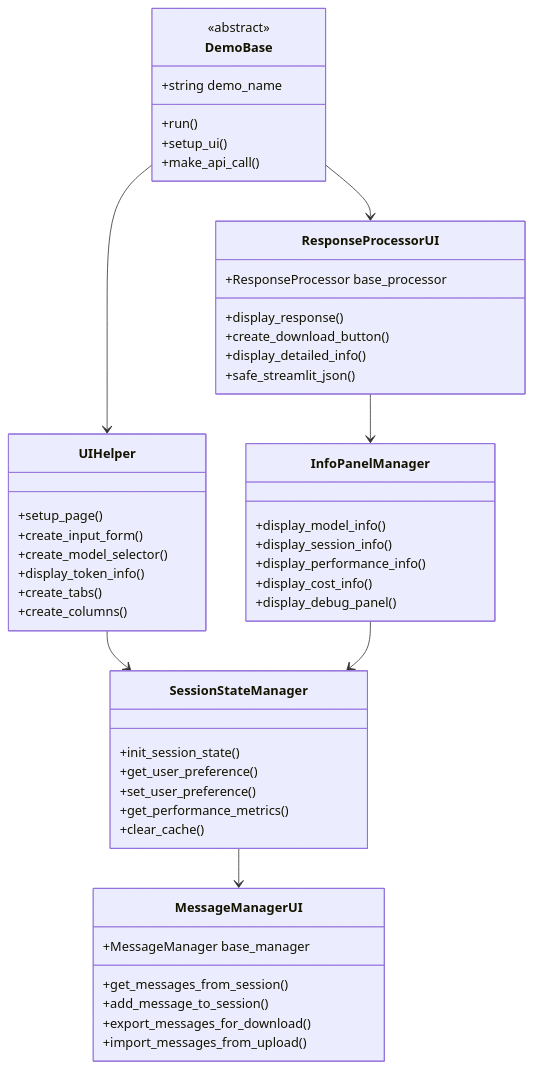
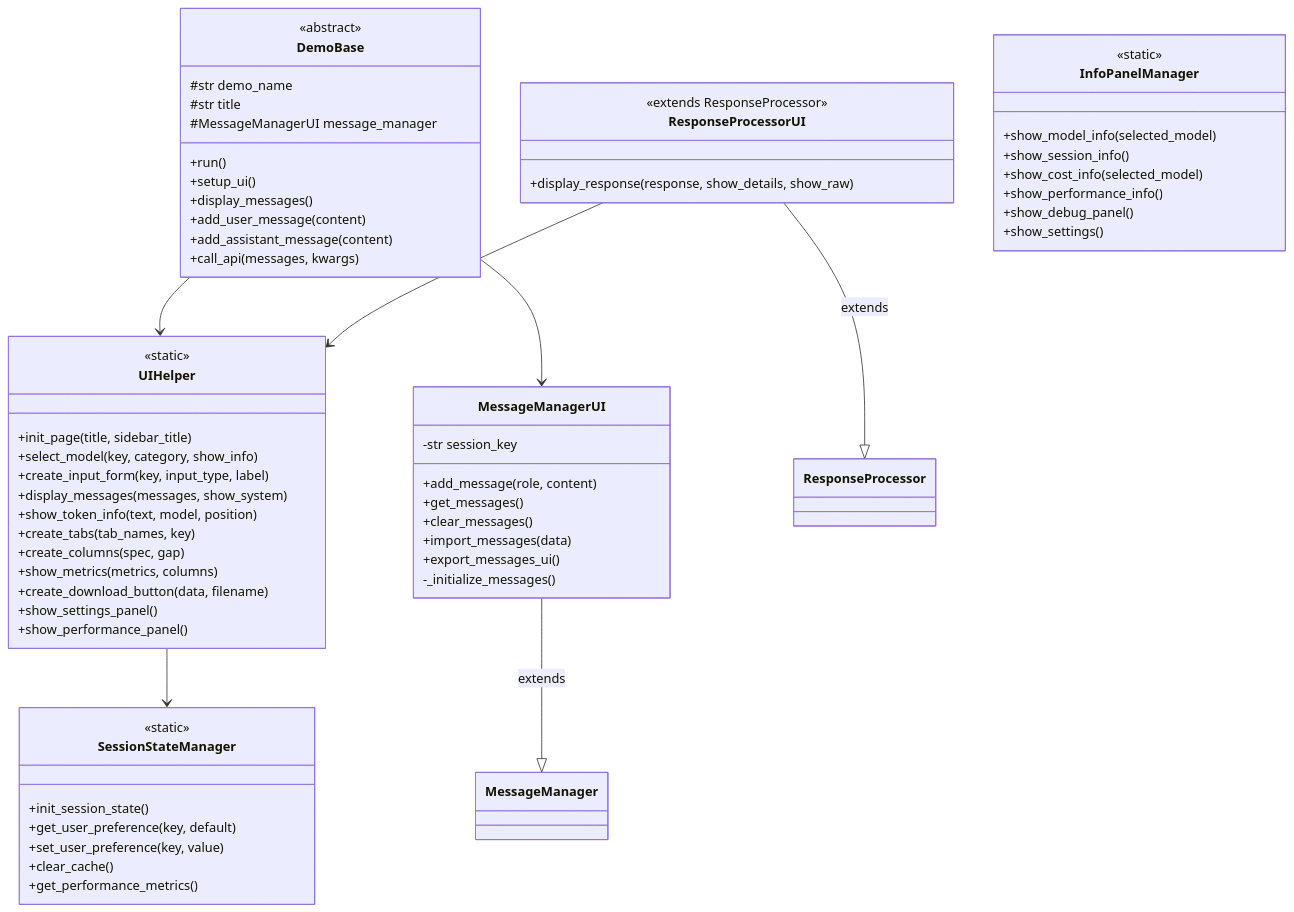
Before and after one commit to nakashima2toshio/anthropic_api_jp: the third of 10 diagrams in doc/helper_st.md, drawn with Mermaid. The commit also changed other lines of this file and 12 other files, not shown here.

````diff
--- a/doc/helper_st.md
+++ b/doc/helper_st.md
@@ -82,58 +74,71 @@
 ```mermaid
 classDiagram
     class SessionStateManager {
+        <<static>>
         +init_session_state()
-        +get_user_preference()
-        +set_user_preference()
+        +get_user_preference(key, default)
+        +set_user_preference(key, value)
+        +clear_cache()
         +get_performance_metrics()
-        +clear_cache()
+    }
+
+    class UIHelper {
+        <<static>>
+        +init_page(title, sidebar_title)
+        +select_model(key, category, show_info)
+        +create_input_form(key, input_type, label)
+        +display_messages(messages, show_system)
+        +show_token_info(text, model, position)
+        +create_tabs(tab_names, key)
+        +create_columns(spec, gap)
+        +show_metrics(metrics, columns)
+        +create_download_button(data, filename)
+        +show_settings_panel()
+        +show_performance_panel()
     }
 
     class MessageManagerUI {
-        +MessageManager base_manager
-        +get_messages_from_session()
-        +add_message_to_session()
-        +export_messages_for_download()
-        +import_messages_from_upload()
-    }
-
-    class UIHelper {
-        +setup_page()
-        +create_input_form()
-        +create_model_selector()
-        +display_token_info()
-        +create_tabs()
-        +create_columns()
+        -str session_key
+        +add_message(role, content)
+        +get_messages()
+        +clear_messages()
+        +import_messages(data)
+        +export_messages_ui()
+        -_initialize_messages()
     }
 
     class ResponseProcessorUI {
-        +ResponseProcessor base_processor
-        +display_response()
-        +create_download_button()
-        +display_detailed_info()
-        +safe_streamlit_json()
+        <<extends ResponseProcessor>>
+        +display_response(response, show_details, show_raw)
     }
 
     class DemoBase {
         <<abstract>>
-        +string demo_name
+        #str demo_name
+        #str title
+        #MessageManagerUI message_manager
         +run()
         +setup_ui()
-        +make_api_call()
+        +display_messages()
+        +add_user_message(content)
+        +add_assistant_message(content)
+        +call_api(messages, kwargs)
     }
 
     class InfoPanelManager {
-        +display_model_info()
-        +display_session_info()
-        +display_performance_info()
-        +display_cost_info()
-        +display_debug_panel()
+        <<static>>
+        +show_model_info(selected_model)
+        +show_session_info()
+        +show_cost_info(selected_model)
+        +show_performance_info()
+        +show_debug_panel()
+        +show_settings()
     }
 
-    SessionStateManager --> MessageManagerUI
+    MessageManagerUI --|> MessageManager : extends
+    ResponseProcessorUI --|> ResponseProcessor : extends
+    DemoBase --> MessageManagerUI
+    DemoBase --> UIHelper
     UIHelper --> SessionStateManager
-    ResponseProcessorUI --> InfoPanelManager
-    DemoBase --> UIHelper
-    DemoBase --> ResponseProcessorUI
-    InfoPanelManager --> SessionStateManager
+    ResponseProcessorUI --> UIHelper
 ```
````
